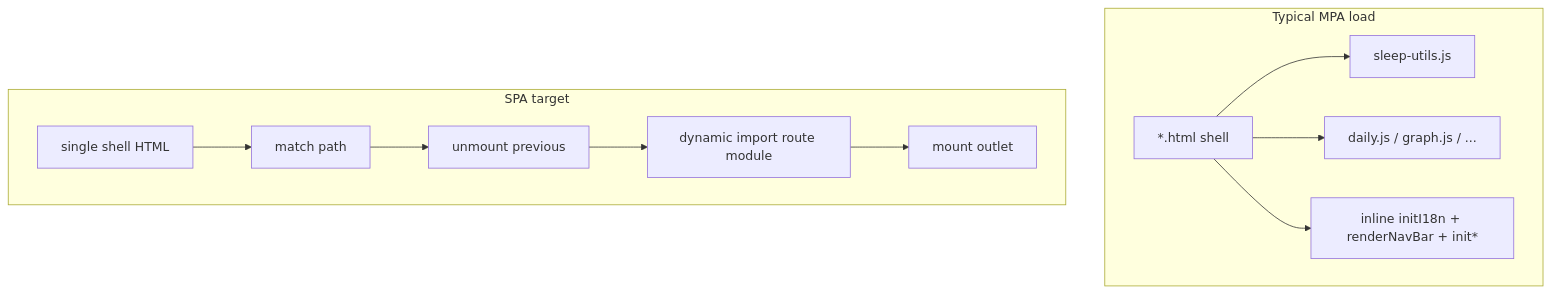
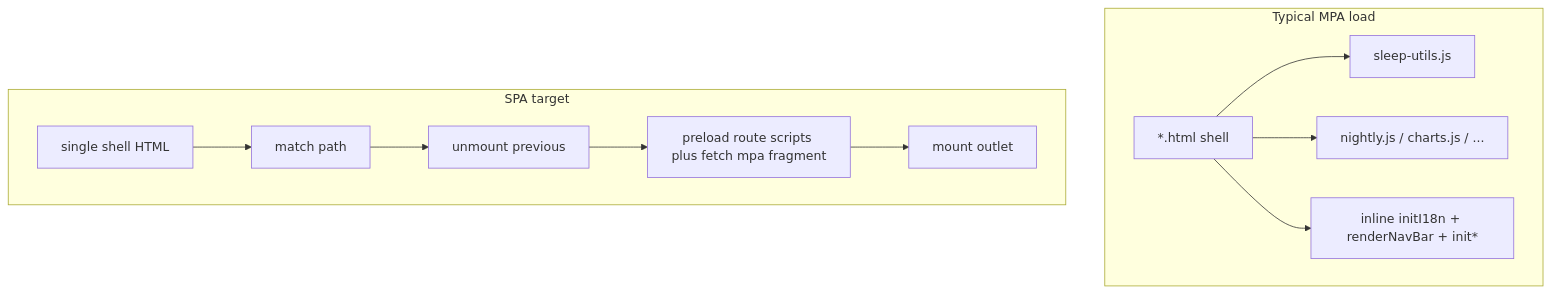
The diagram in .cursor/plans/mpa_to_spa_path_9cf9cebf.plan.md (rsairu/sleep), drawn with Mermaid before and after one commit. The commit also changed other lines of this file and 58 other files, not shown here.

````diff
--- a/.cursor/plans/mpa_to_spa_path_9cf9cebf.plan.md
+++ b/.cursor/plans/mpa_to_spa_path_9cf9cebf.plan.md
@@ -61,16 +115,16 @@
 ```mermaid
 flowchart TB
   subgraph load [Typical MPA load]
     HTML[*.html shell]
     HTML --> SU[sleep-utils.js]
-    HTML --> Optional[daily.js / graph.js / ...]
+    HTML --> Optional[nightly.js / charts.js / ...]
     HTML --> Inline[inline initI18n + renderNavBar + init*]
   end
   subgraph spa [SPA target]
     Shell[single shell HTML]
     Shell --> Router[match path]
     Router --> Un[unmount previous]
-    Un --> Imp[dynamic import route module]
+    Un --> Imp[preload route scripts plus fetch mpa fragment]
     Imp --> Mount[mount outlet]
   end
 ```
````
